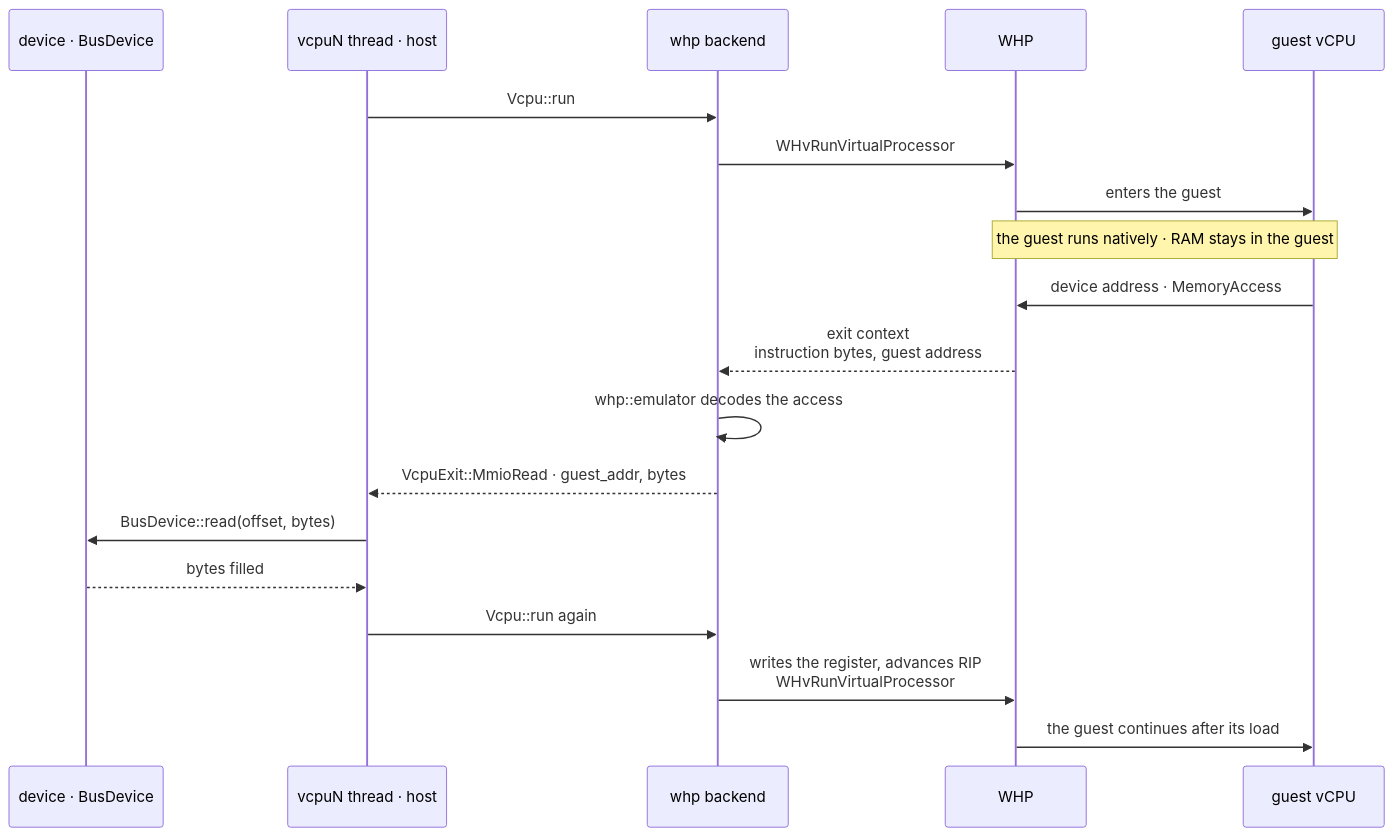
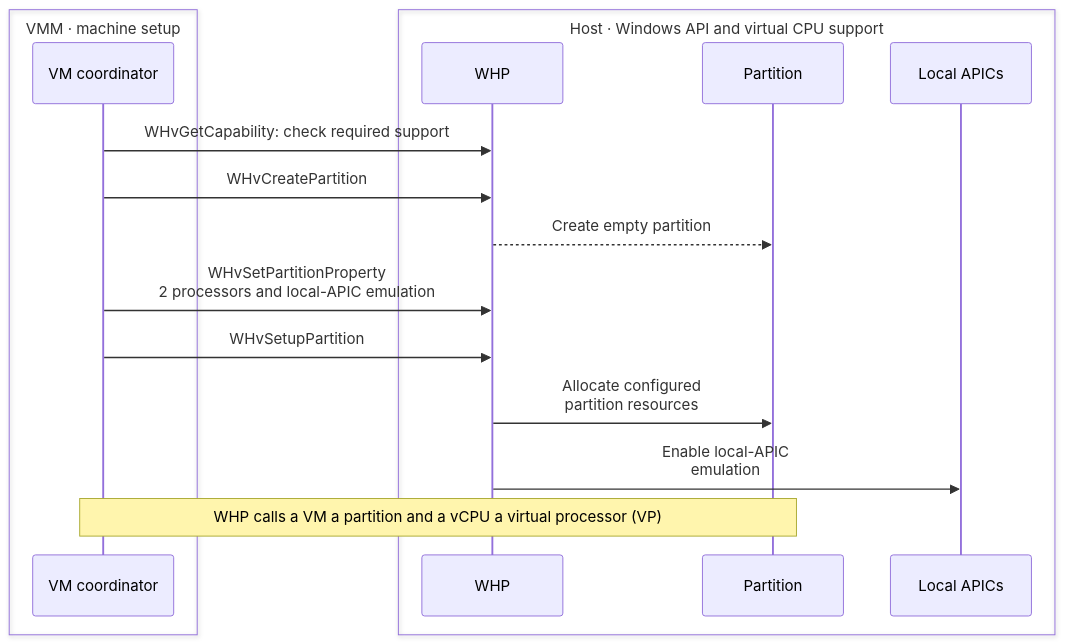
One commit to boxlite-ai/boxlite changed the second of 12 diagrams in docs/architecture/vmm/whp.md. Above: the diagram before and after it, drawn with Mermaid. The commit also changed other lines of this file and 3 other files, not shown here.

````diff
--- a/docs/architecture/vmm/whp.md
+++ b/docs/architecture/vmm/whp.md
@@ -41,33 +58,26 @@
 ```mermaid
 sequenceDiagram
-  participant device as device · BusDevice
-  participant vcpu as vcpuN thread · host
-  participant backend as whp backend
-  participant host as WHP
-  participant guest as guest vCPU
-  %% edge:t_run
-  vcpu->>backend: Vcpu::run
-  %% edge:t_host_run
-  backend->>host: WHvRunVirtualProcessor
-  %% edge:t_enter
-  host->>guest: enters the guest
-  Note over host,guest: the guest runs natively · RAM stays in the guest
-  %% edge:t_trap
-  guest->>host: device address · MemoryAccess
-  %% edge:t_exit
-  host-->>backend: exit context<br/>instruction bytes, guest address
-  %% edge:t_decode
-  backend->>backend: whp::emulator decodes the access
-  %% edge:t_vcpu_exit
-  backend-->>vcpu: VcpuExit::MmioRead · guest_addr, bytes
-  %% edge:t_bus
-  vcpu->>device: BusDevice::read(offset, bytes)
-  %% edge:t_filled
-  device-->>vcpu: bytes filled
-  %% edge:t_again
-  vcpu->>backend: Vcpu::run again
-  %% edge:t_complete
-  backend->>host: writes the register, advances RIP<br/>WHvRunVirtualProcessor
-  %% edge:t_resume
-  host->>guest: the guest continues after its load
+  box VMM · machine setup
+    participant coordinator as VM coordinator
+  end
+  box Host · Windows API and virtual CPU support
+    participant host_api as WHP
+    participant partition as Partition
+    participant lapic as Local APICs
+  end
+  %% edge:whp_3_e1
+  coordinator->>host_api: WHvGetCapability: check required support
+  %% edge:whp_3_e2
+  coordinator->>host_api: WHvCreatePartition
+  %% edge:whp_3_e3
+  host_api-->>partition: Create empty partition
+  %% edge:whp_3_e4
+  coordinator->>host_api: WHvSetPartitionProperty<br/>2 processors and local-APIC emulation
+  %% edge:whp_3_e5
+  coordinator->>host_api: WHvSetupPartition
+  %% edge:whp_3_e6
+  host_api->>partition: Allocate configured<br/>partition resources
+  %% edge:whp_3_e7
+  host_api->>lapic: Enable local-APIC<br/>emulation
+  Note over coordinator,partition: WHP calls a VM a partition and a vCPU a virtual processor (VP)
 ```
````
